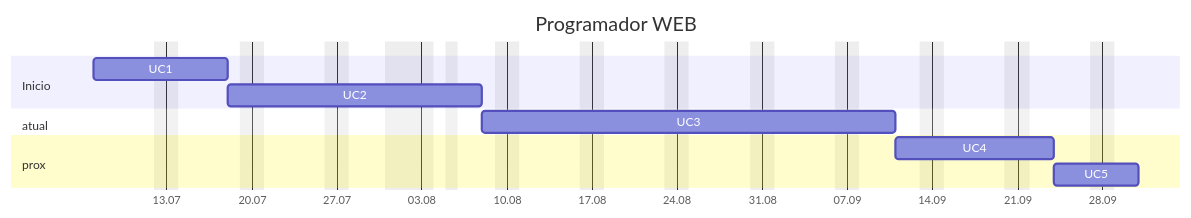
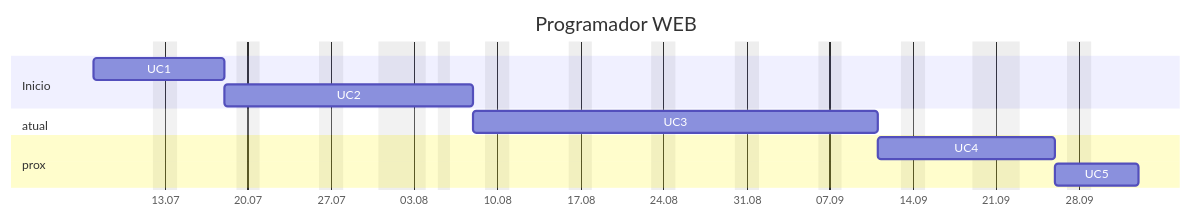
One commit to jocile/digitalgarden changed the diagram in src/site/notes/Programador Web.md. Above: the diagram before and after it, drawn with Mermaid. The commit also changed other lines of this file, not shown here.

````diff
--- a/src/site/notes/Programador Web.md
+++ b/src/site/notes/Programador Web.md
@@ -73,16 +73,16 @@
 ```mermaid
 gantt
      title Programador WEB
      tickInterval 1week
-     excludes Saturday, Sunday, 31:07, 01:08, 05:08
+     excludes Saturday, Sunday, 31:07, 01:08, 05:08, 19:09, 22:09
      dateFormat DD:MM
      axisFormat %d.%m
      section Inicio
          UC1 :a1, 07:07, 9d
          UC2 :a2,after a1, 12d
      section atual
          UC3 :a3, after a2, 24d
      section prox
          UC4 :a4, after a3, 9d
          UC5 :a5, after a4, 5d
 ```
````
